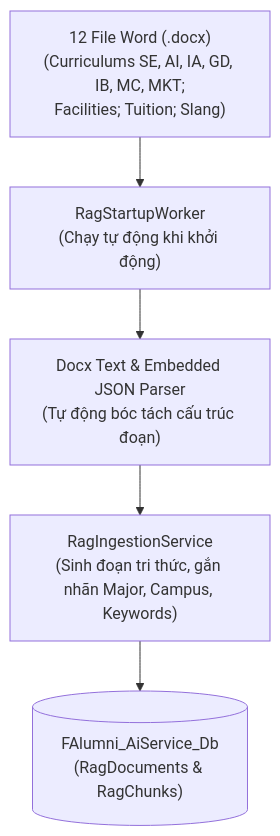
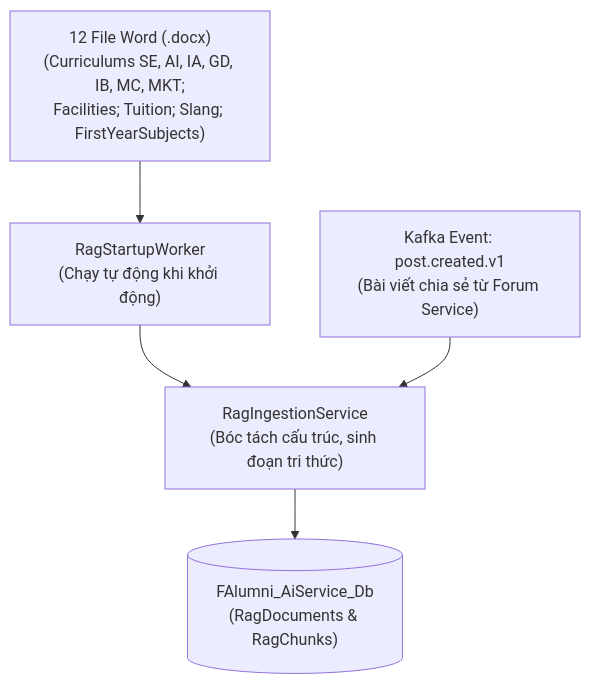
One commit to F-Alumni/F-Alumni-AI-Service changed the first of 2 diagrams in docs/ARCHITECTURE.md. Above: the diagram before and after it, drawn with Mermaid. The commit also changed other lines of this file and 3 other files, not shown here.

Commit message:
docs(ai): dong bo toan dien README, ERD va ARCHITECTURE khop 100% ma nguon

````diff
--- a/docs/ARCHITECTURE.md
+++ b/docs/ARCHITECTURE.md
@@ -17,13 +23,13 @@
 ```mermaid
 flowchart TD
-    DocxFiles["12 File Word (.docx)\n(Curriculums SE, AI, IA, GD, IB, MC, MKT;\nFacilities; Tuition; Slang)"]
+    DocxFiles["12 File Word (.docx)\n(Curriculums SE, AI, IA, GD, IB, MC, MKT;\nFacilities; Tuition; Slang; FirstYearSubjects)"]
+    KafkaEvents["Kafka Event: post.created.v1\n(Bài viết chia sẻ từ Forum Service)"]
     StartupWorker["RagStartupWorker\n(Chạy tự động khi khởi động)"]
-    DocxParser["Docx Text & Embedded JSON Parser\n(Tự động bóc tách cấu trúc đoạn)"]
-    ChunkEngine["RagIngestionService\n(Sinh đoạn tri thức, gắn nhãn Major, Campus, Keywords)"]
+    IngestService["RagIngestionService\n(Bóc tách cấu trúc, sinh đoạn tri thức)"]
     AIDb[("FAlumni_AiService_Db\n(RagDocuments & RagChunks)")]
 
     DocxFiles --> StartupWorker
-    StartupWorker --> DocxParser
-    DocxParser --> ChunkEngine
-    ChunkEngine --> AIDb
+    StartupWorker --> IngestService
+    KafkaEvents --> IngestService
+    IngestService --> AIDb
 ```
````
